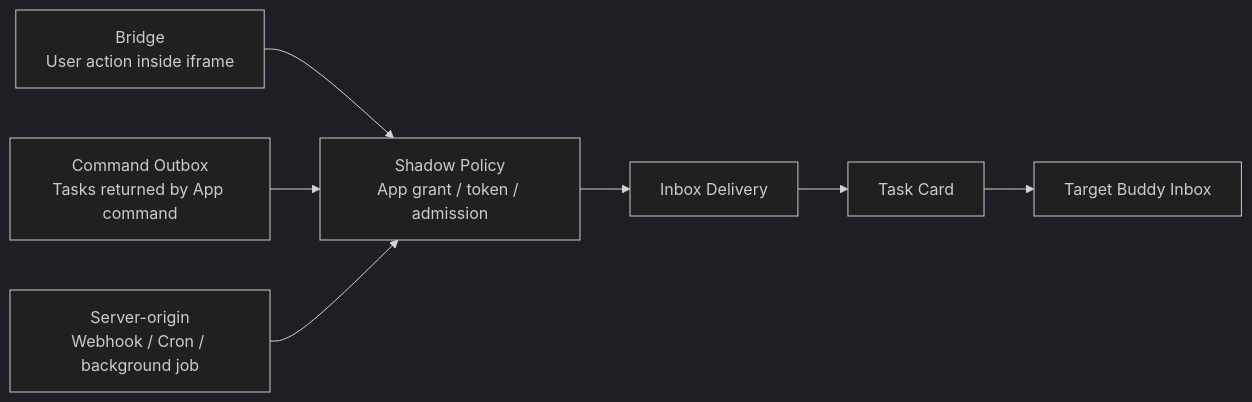
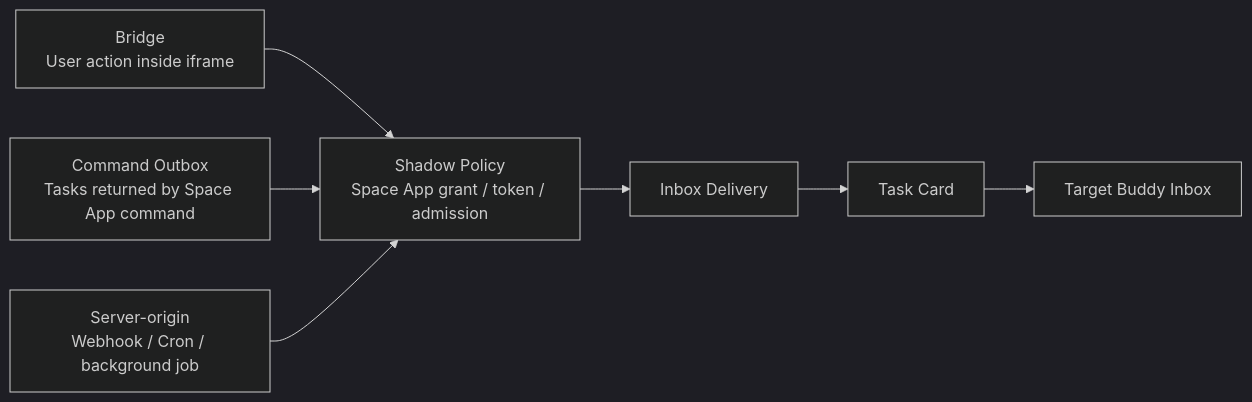
Before and after one commit to buggyblues/shadow: the third of 8 diagrams in docs/development/buddy-inbox-system-design-summary.md, drawn with Mermaid (dark theme). The commit also changed other lines of this file and 1186 other files, not shown here.

````diff
--- a/docs/development/buddy-inbox-system-design-summary.md
+++ b/docs/development/buddy-inbox-system-design-summary.md
@@ -79,17 +79,17 @@
 ```mermaid
 flowchart LR
   Bridge["Bridge<br/>User action inside iframe"]
-  CommandOutbox["Command Outbox<br/>Tasks returned by App command"]
+  CommandOutbox["Command Outbox<br/>Tasks returned by Space App command"]
   ServerOrigin["Server-origin<br/>Webhook / Cron / background job"]
-  Policy["Shadow Policy<br/>App grant / token / admission"]
+  Policy["Shadow Policy<br/>Space App grant / token / admission"]
   Delivery["Inbox Delivery"]
   Task["Task Card"]
   Inbox["Target Buddy Inbox"]
 
   Bridge --> Policy
   CommandOutbox --> Policy
   ServerOrigin --> Policy
   Policy --> Delivery
   Delivery --> Task
   Task --> Inbox
 ```
````
